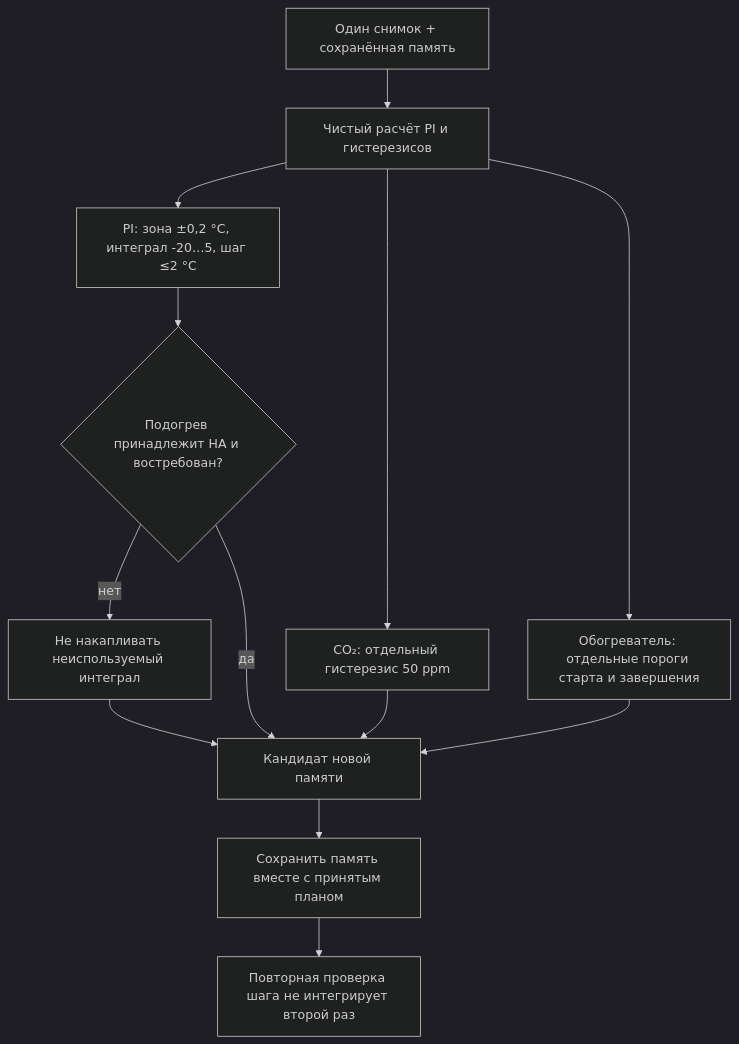
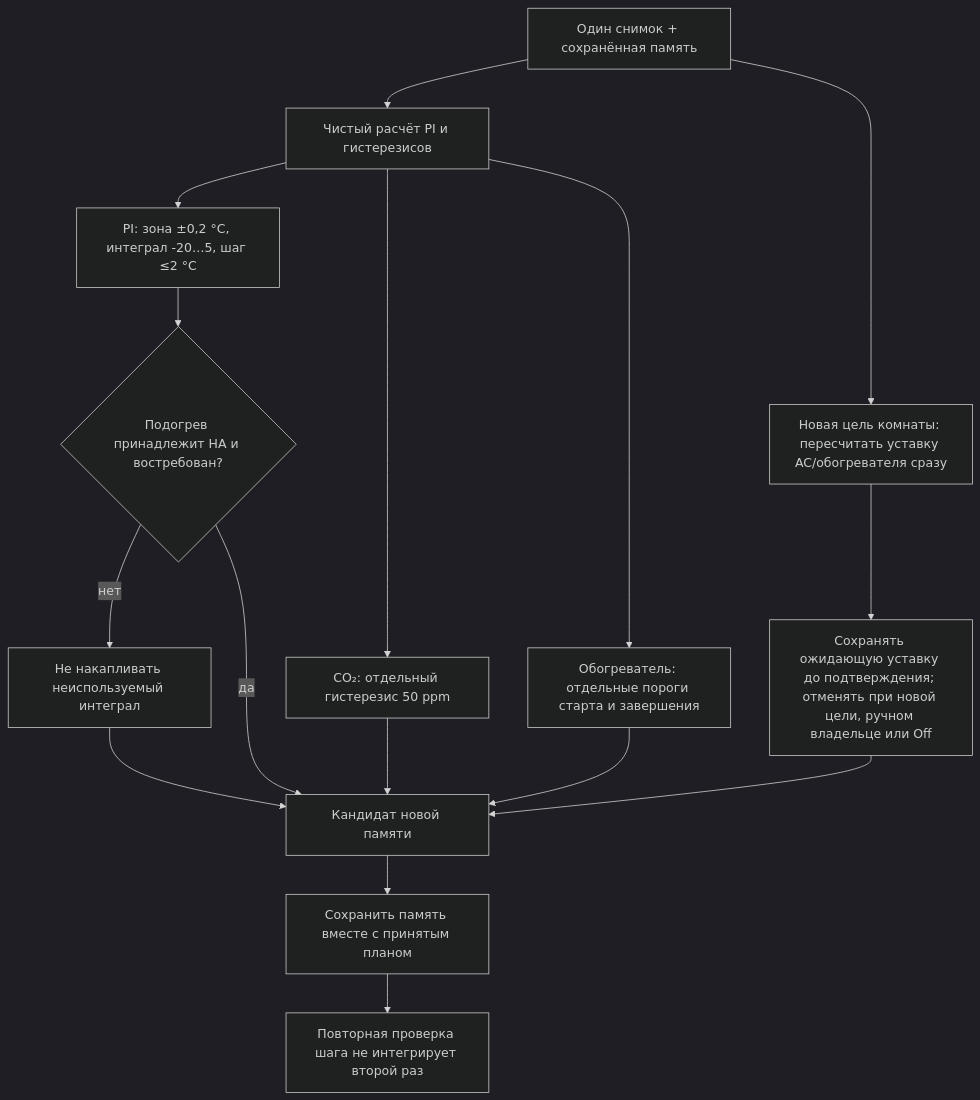
One commit to nd4y/ha-material3 changed the diagram in docs/diagrams/08-dynamics.mmd. Above: the diagram before and after it, drawn with Mermaid (dark theme). The commit also changed 10 other files, not shown here.

First line of the commit message:
docs: align controller diagrams with cycle and timing fixes (#57)

```diff
--- a/docs/diagrams/08-dynamics.mmd
+++ b/docs/diagrams/08-dynamics.mmd
@@ -1,13 +1,16 @@
 flowchart TD
   S["Один снимок + сохранённая память"] --> P["Чистый расчёт PI и гистерезисов"]
   P --> A["PI: зона ±0,2 °C, интеграл -20…5, шаг ≤2 °C"]
   P --> C["CO₂: отдельный гистерезис 50 ppm"]
   P --> H["Обогреватель: отдельные пороги старта и завершения"]
   A --> O{"Подогрев принадлежит HA и востребован?"}
   O -- "нет" --> F["Не накапливать неиспользуемый интеграл"]
   O -- "да" --> N["Кандидат новой памяти"]
   C --> N
   H --> N
+  S --> U["Новая цель комнаты: пересчитать уставку AC/обогревателя сразу"]
+  U --> V["Сохранять ожидающую уставку до подтверждения; отменять при новой цели, ручном владельце или Off"]
+  V --> N
   F --> N
   N --> K["Сохранить память вместе с принятым планом"]
   K --> R["Повторная проверка шага не интегрирует второй раз"]
```
